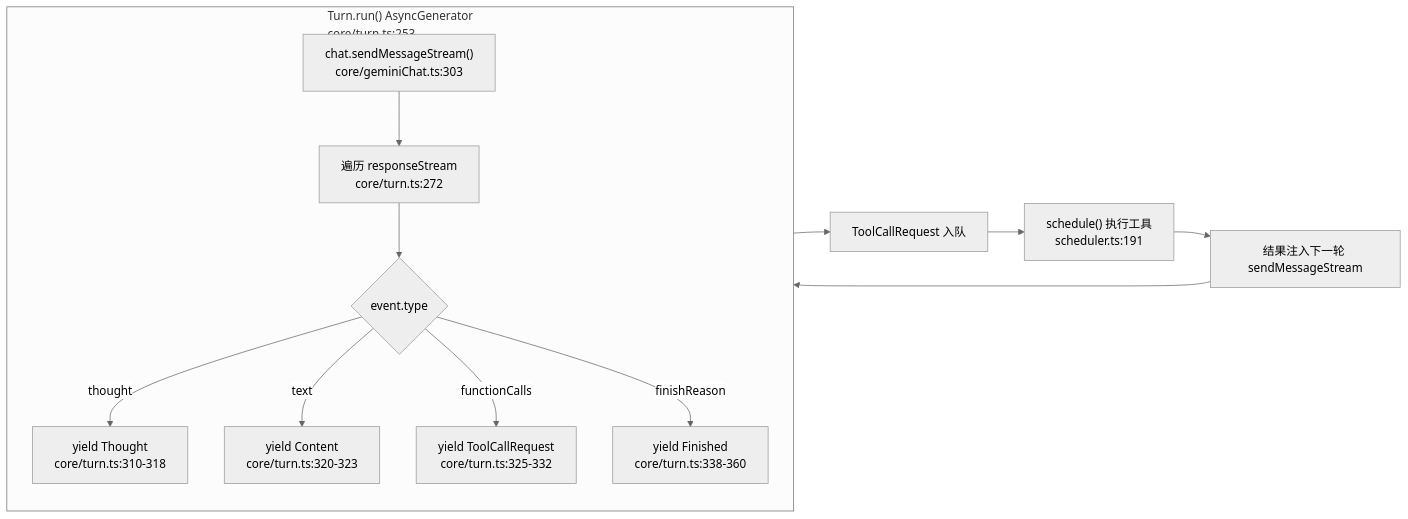
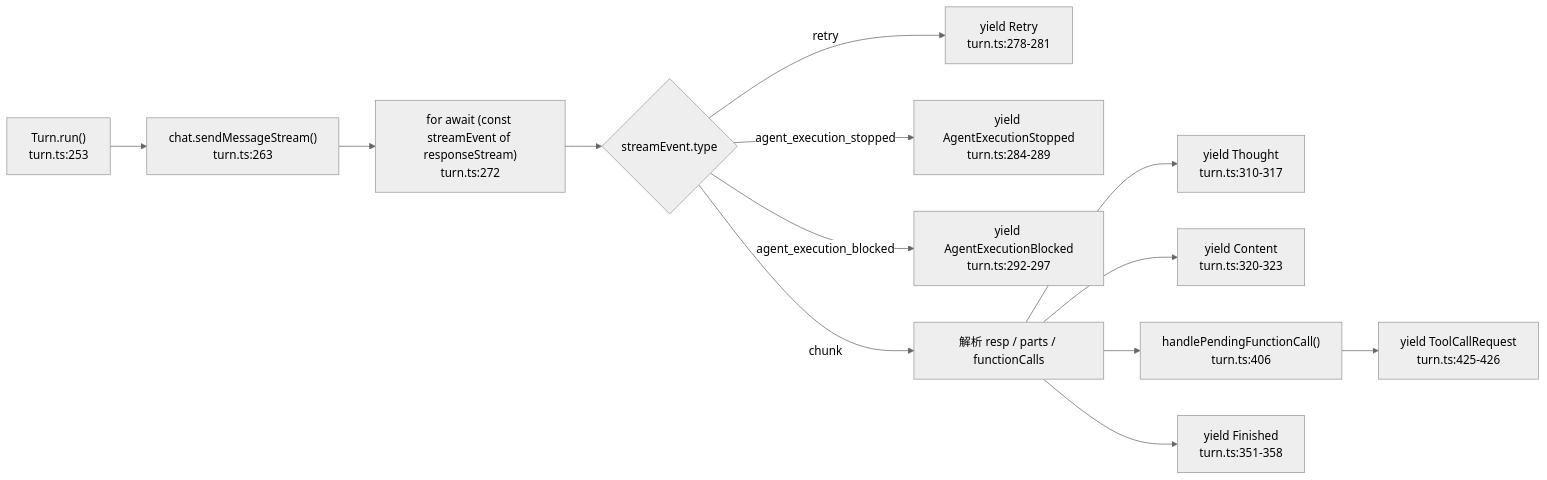
Before and after one commit to feuyeux/hello-olleh: the fifth of 7 diagrams in hello-gemini-cli/03-agent-loop.md, drawn with Mermaid. The commit also changed other lines of this file, not shown here.

First line of the commit message:
docs(03-agent-loop): 重构 agent loop 章节

````diff
--- a/hello-gemini-cli/03-agent-loop.md
+++ b/hello-gemini-cli/03-agent-loop.md
@@ -51,18 +224,16 @@
 ```mermaid
 %%{init: {'theme': 'neutral'}}%%
 flowchart LR
-    subgraph TurnLoop["Turn.run() AsyncGenerator<br/>core/turn.ts:253"]
-        direction TB
-        A["chat.sendMessageStream()<br/>core/geminiChat.ts:303"] --> B["遍历 responseStream<br/>core/turn.ts:272"]
-        B --> C{"event.type"}
-        C -->|thought| D["yield Thought<br/>core/turn.ts:310-318"]
-        C -->|text| E["yield Content<br/>core/turn.ts:320-323"]
-        C -->|functionCalls| F["yield ToolCallRequest<br/>core/turn.ts:325-332"]
-        C -->|finishReason| G["yield Finished<br/>core/turn.ts:338-360"]
-    end
-
-    F --> H["ToolCallRequest 入队"]
-    H --> I["schedule() 执行工具<br/>scheduler.ts:191"]
-    I --> J["结果注入下一轮 sendMessageStream"]
-    J --> A
+    A["Turn.run()<br/>turn.ts:253"] --> B["chat.sendMessageStream()<br/>turn.ts:263"]
+    B --> C["for await (const streamEvent of responseStream)<br/>turn.ts:272"]
+    C --> D{"streamEvent.type"}
+    D -->|retry| E["yield Retry<br/>turn.ts:278-281"]
+    D -->|agent_execution_stopped| F["yield AgentExecutionStopped<br/>turn.ts:284-289"]
+    D -->|agent_execution_blocked| G["yield AgentExecutionBlocked<br/>turn.ts:292-297"]
+    D -->|chunk| H["解析 resp / parts / functionCalls"]
+    H --> I["yield Thought<br/>turn.ts:310-317"]
+    H --> J["yield Content<br/>turn.ts:320-323"]
+    H --> K["handlePendingFunctionCall()<br/>turn.ts:406"]
+    K --> L["yield ToolCallRequest<br/>turn.ts:425-426"]
+    H --> M["yield Finished<br/>turn.ts:351-358"]
 ```
````
